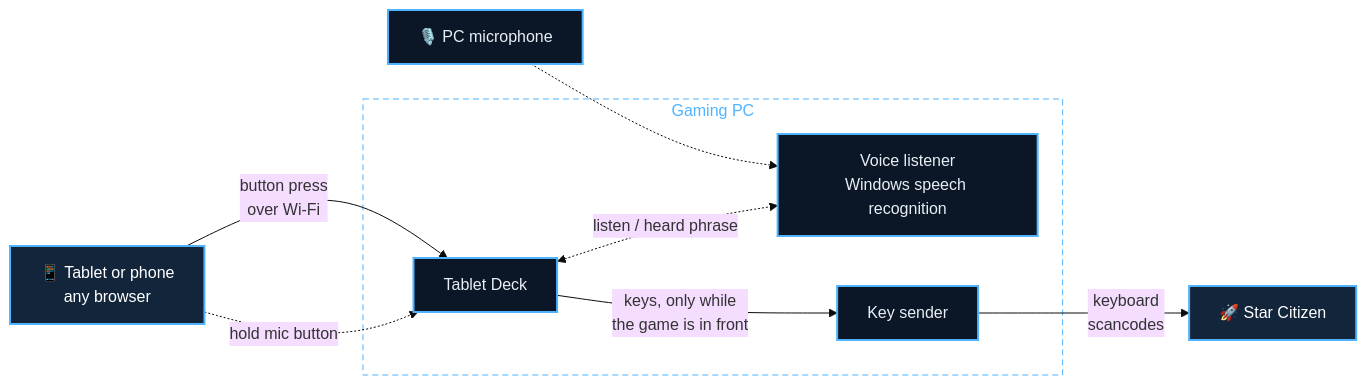
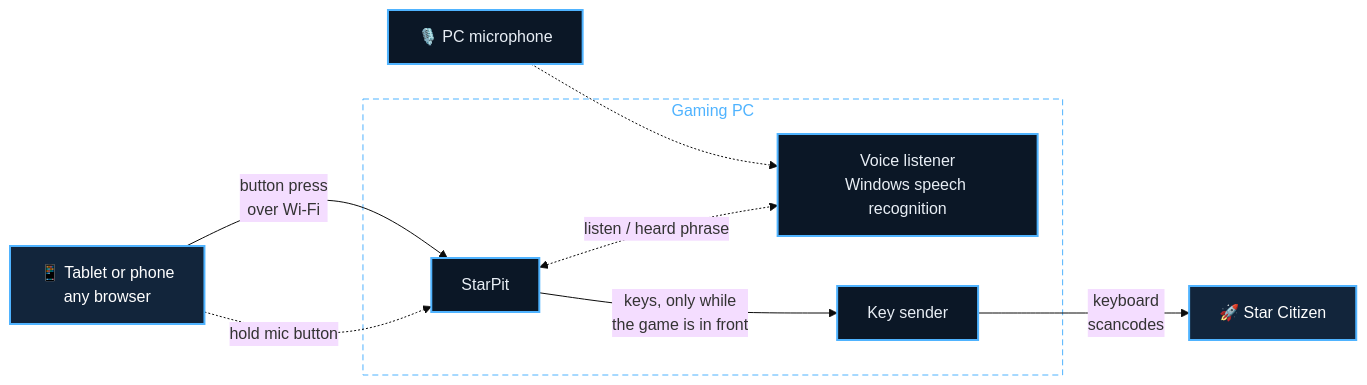
One commit to xattribution/SpoolUp changed the diagram in README.md. Above: the diagram before and after it, drawn with Mermaid (base theme). The commit also changed other lines of this file and 12 other files, not shown here.

````diff
--- a/README.md
+++ b/README.md
@@ -604,24 +604,24 @@
 ```mermaid
 flowchart LR
     tablet["📱 Tablet or phone<br/>any browser"]
     mic["🎙️ PC microphone"]
     subgraph pc["Gaming PC"]
-        server["Tablet Deck"]
+        server["StarPit"]
         voice["Voice listener<br/>Windows speech recognition"]
         keys["Key sender"]
     end
     game["🚀 Star Citizen"]
 
     tablet -- "button press<br/>over Wi-Fi" --> server
     tablet -. "hold mic button" .-> server
     mic -.-> voice
     server <-. "listen / heard phrase" .-> voice
     server -- "keys, only while<br/>the game is in front" --> keys
     keys -- "keyboard<br/>scancodes" --> game
 
     classDef box fill:#0b1726,stroke:#4fb3ff,stroke-width:2px,color:#e8eef5
     classDef ends fill:#12253b,stroke:#4fb3ff,stroke-width:2px,color:#ffffff
     class server,voice,keys,mic box
     class tablet,game ends
     style pc fill:transparent,stroke:#4fb3ff,stroke-dasharray:6 4,color:#4fb3ff
 ```
````
